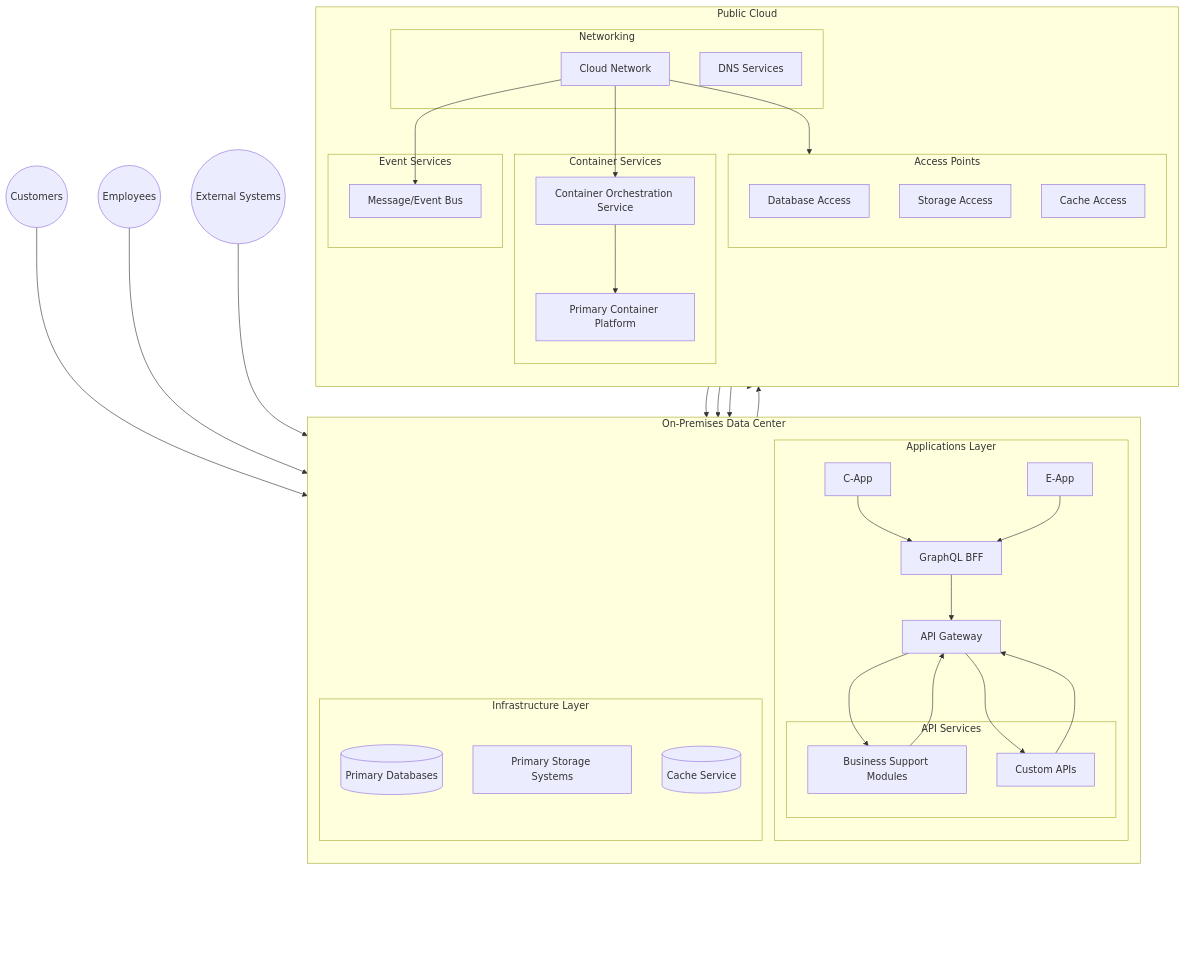
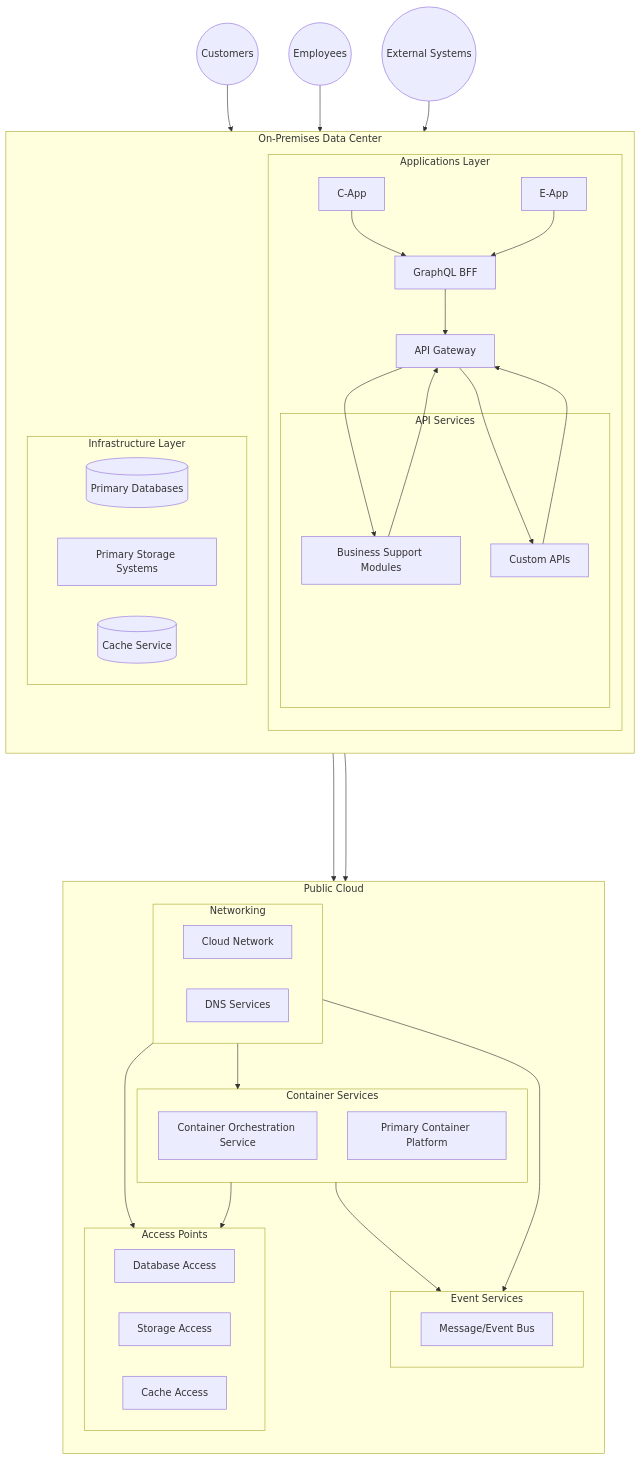
The diagram in Generic-HybridCloud.md (henryrestive/infra-docs), drawn with Mermaid before and after one commit. The commit also changed 2 other files, not shown here.

Commit message:
Enhanced views

````diff
--- a/Generic-HybridCloud.md
+++ b/Generic-HybridCloud.md
@@ -78,14 +78,14 @@
     Employees --> EApp
     ExternalSystems --> Gateway
     Apps --> ContainerPlatform
+
+    %% Cloud connections
     Infrastructure --> Network
-    CloudNet --> ContainerService
-    ContainerService --> ContainerPlatform
-    CloudNet --> Access
-    DBAccess --> PrimaryDB
-    StorageAccess --> PrimaryStorage
-    CacheAccess --> CacheService
-    CloudNet --> EventBus
+    Network --> Access
+    Network --> Compute
+    Network --> Messaging
+    Compute --> Access
+    Compute --> Messaging
 
     classDef hidden opacity:0
 ```
````
